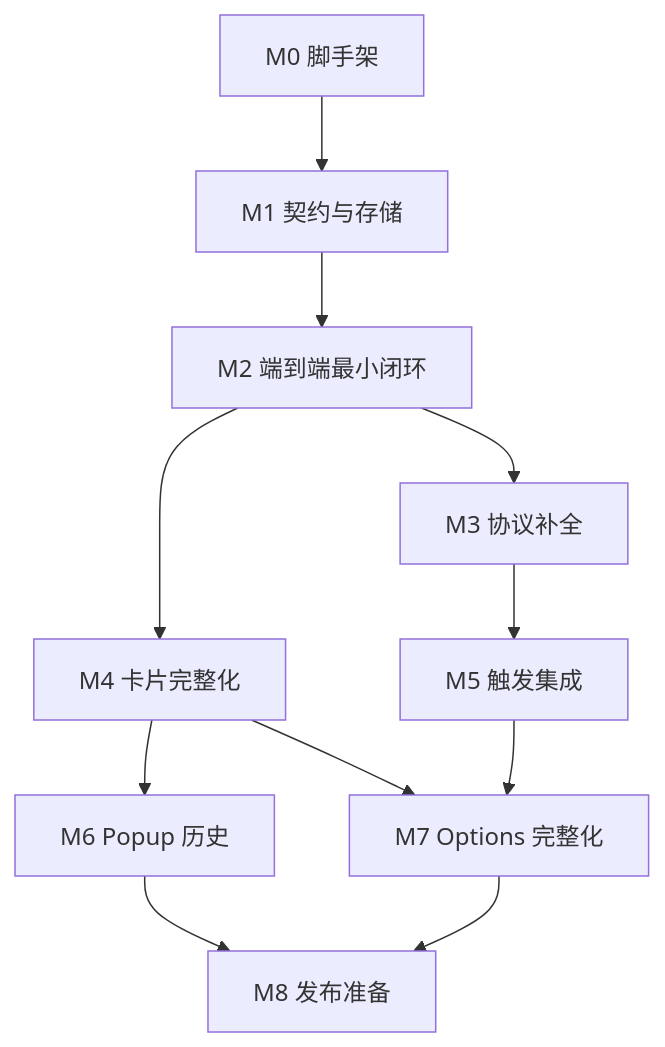
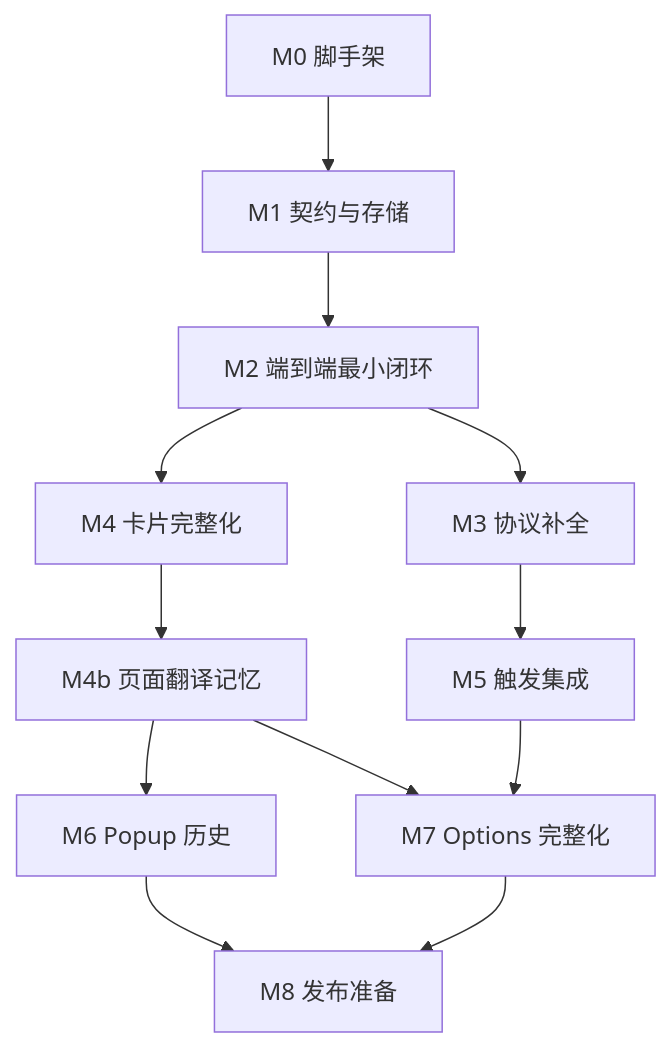
One commit to MarushiruDonato/llm_translate changed the diagram in IMPLEMENTATION.md. Above: the diagram before and after it, drawn with Mermaid. The commit also changed other lines of this file and 13 other files, not shown here.

````diff
--- a/IMPLEMENTATION.md
+++ b/IMPLEMENTATION.md
@@ -20,13 +21,14 @@
 ```mermaid
 graph TD
   M0[M0 脚手架] --> M1[M1 契约与存储]
   M1 --> M2[M2 端到端最小闭环]
   M2 --> M3[M3 协议补全]
   M2 --> M4[M4 卡片完整化]
+  M4 --> M4b[M4b 页面翻译记忆]
   M3 --> M5[M5 触发集成]
-  M4 --> M6[M6 Popup 历史]
-  M4 --> M7[M7 Options 完整化]
+  M4b --> M6[M6 Popup 历史]
+  M4b --> M7[M7 Options 完整化]
   M5 --> M7
   M6 --> M8[M8 发布准备]
   M7 --> M8
 ```
````
